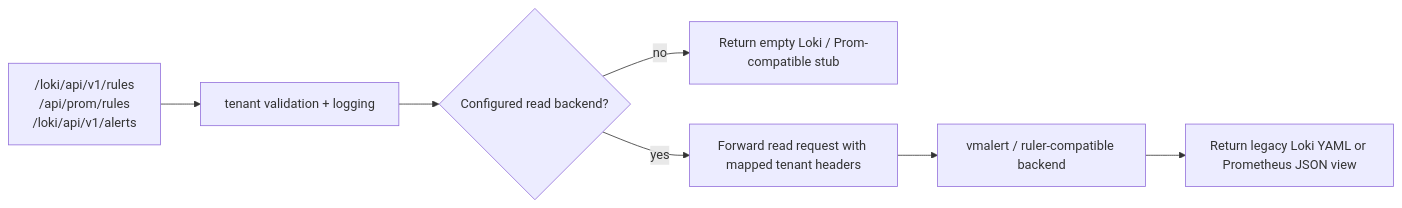
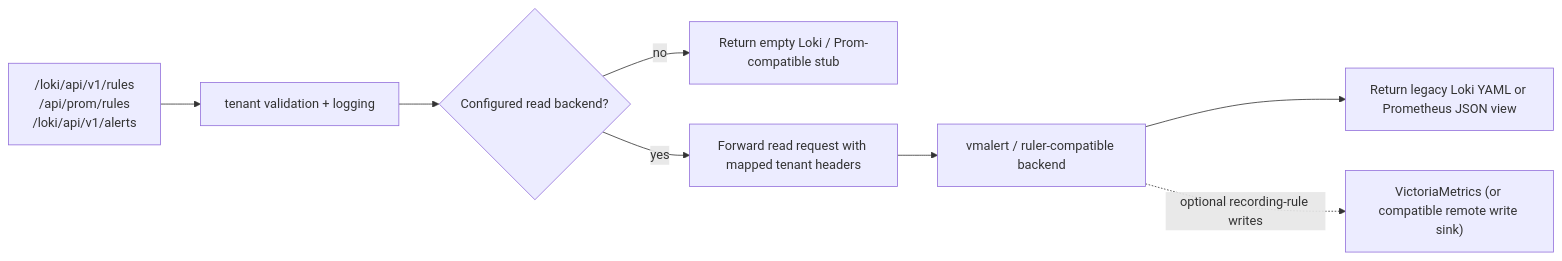
The fifth of 6 diagrams in docs/architecture.md (ReliablyObserve/Loki-VL-proxy), drawn with Mermaid before and after one commit. The commit also changed other lines of this file and 17 other files, not shown here.

````diff
--- a/docs/architecture.md
+++ b/docs/architecture.md
@@ -155,9 +157,10 @@
 ```mermaid
 flowchart LR
     REQ["/loki/api/v1/rules<br/>/api/prom/rules<br/>/loki/api/v1/alerts"] --> WRAP["tenant validation + logging"]
     WRAP --> BACKEND{"Configured read backend?"}
     BACKEND -->|no| EMPTY["Return empty Loki / Prom-compatible stub"]
     BACKEND -->|yes| PROXY["Forward read request with mapped tenant headers"]
     PROXY --> VMR["vmalert / ruler-compatible backend"]
     VMR --> SHAPE["Return legacy Loki YAML or Prometheus JSON view"]
+    VMR -. optional recording-rule writes .-> VMTS["VictoriaMetrics (or compatible remote write sink)"]
 ```
````
